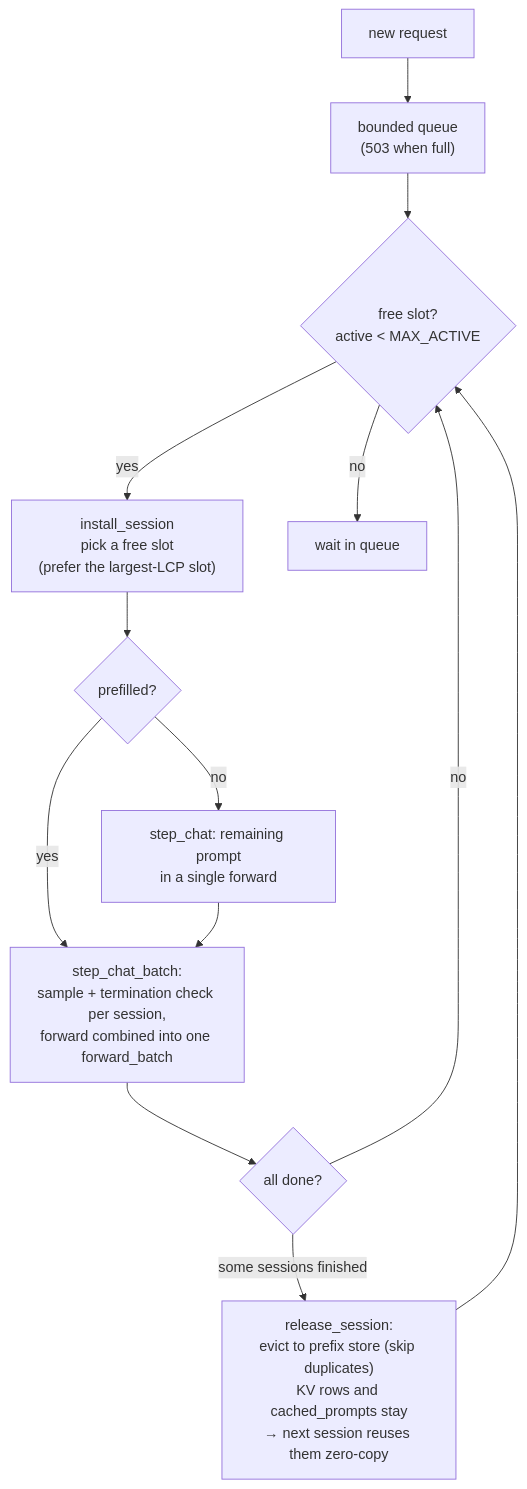
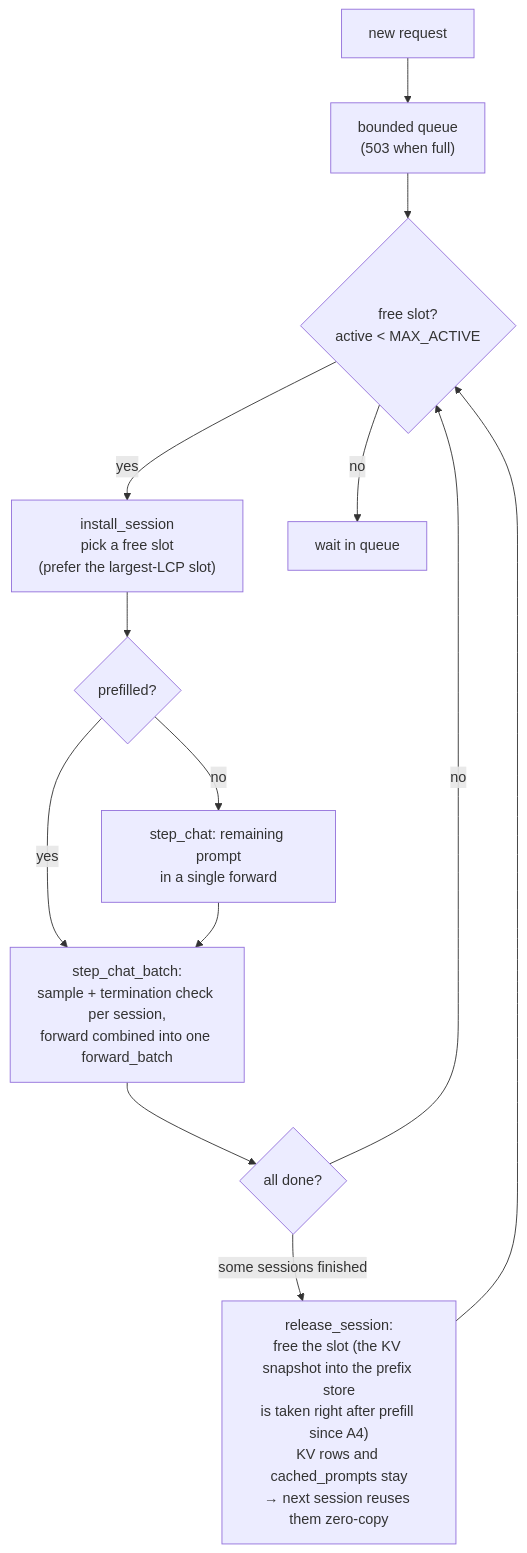
The third of 10 diagrams in docs/ARCHITECTURE.en.md (ahinore/denno-beta), drawn with Mermaid before and after one commit. The commit also changed other lines of this file and 8 other files, not shown here.

Commit message:
a4: prefix cache GDN state snapshot (KV+GDN状態ペア復元・退避を release→prefill 直後に変更・best_full_match のみ復元で部分一致/同一prompt は full prefill フォールバック・状態バイトを LRU 重みにトークン換算計上・テスト +13 lib 147・docs 12.4/§3 PC+TR/§6.1 REL/A4 節 ja+en)

````diff
--- a/docs/ARCHITECTURE.en.md
+++ b/docs/ARCHITECTURE.en.md
@@ -230,15 +230,15 @@
 ```mermaid
 flowchart TB
     REQ["new request"] --> Q["bounded queue<br/>(503 when full)"]
     Q --> W{"free slot?<br/>active < MAX_ACTIVE"}
     W -->|yes| ADM["install_session<br/>pick a free slot<br/>(prefer the largest-LCP slot)"]
     W -->|no| WAIT["wait in queue"]
     ADM --> PRE{"prefilled?"}
     PRE -->|no| PF["step_chat: remaining prompt<br/>in a single forward"]
     PRE -->|yes| DEC
     PF --> DEC["step_chat_batch:<br/>sample + termination check per session,<br/>forward combined into one forward_batch"]
     DEC --> DONE{"all done?"}
     DONE -->|no| W
-    DONE -->|"some sessions finished"| REL["release_session:<br/>evict to prefix store (skip duplicates)<br/>KV rows and cached_prompts stay<br/>→ next session reuses them zero-copy"]
+    DONE -->|"some sessions finished"| REL["release_session:<br/>free the slot (the KV snapshot into the prefix store<br/>is taken right after prefill since A4)<br/>KV rows and cached_prompts stay<br/>→ next session reuses them zero-copy"]
     REL --> W
 ```
````
